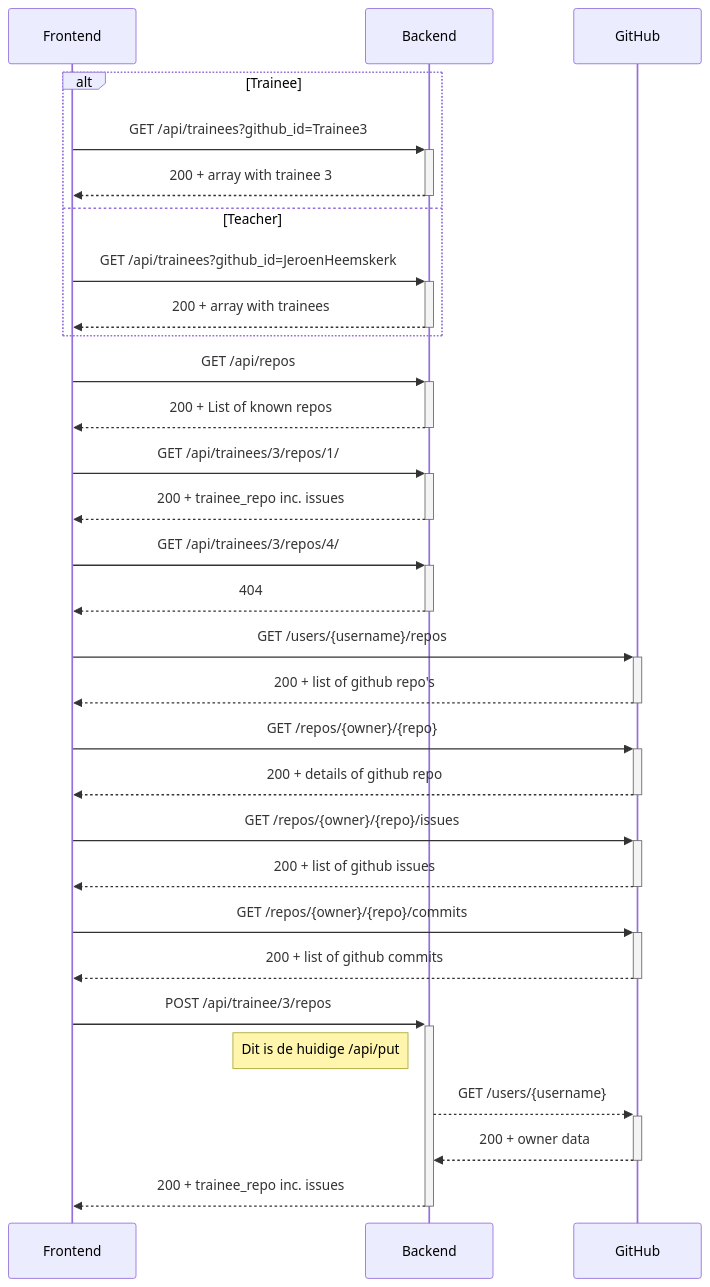
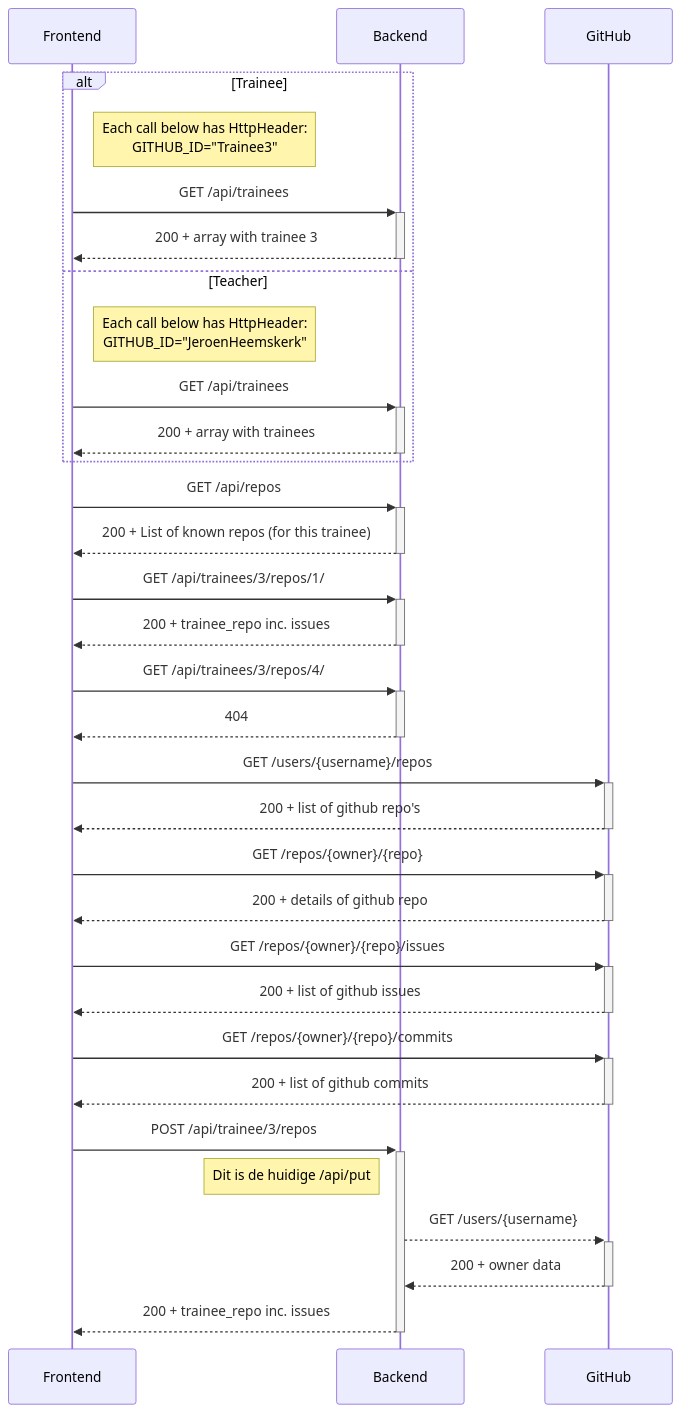
Before and after one commit to Educom-Trainees/educom-do-i-code: the first of 2 diagrams in documents/API-flow.md, drawn with Mermaid. The commit also changed other lines of this file, not shown here.

````diff
--- a/documents/API-flow.md
+++ b/documents/API-flow.md
@@ -2,29 +2,31 @@
 ```mermaid
 sequenceDiagram
     alt Trainee
-    Frontend->>+Backend: GET /api/trainees?github_id=Trainee3
+    note right of Frontend: Each call below has HttpHeader:<br/>GITHUB_ID="Trainee3"
+    Frontend->>+Backend: GET /api/trainees
     Backend-->>-Frontend: 200 + array with trainee 3
     else Teacher
-    Frontend->>+Backend: GET /api/trainees?github_id=JeroenHeemskerk
+    note right of Frontend: Each call below has HttpHeader:<br/>GITHUB_ID="JeroenHeemskerk"
+    Frontend->>+Backend: GET /api/trainees
     Backend-->>-Frontend: 200 + array with trainees
     end
     Frontend->>+Backend: GET /api/repos
-    Backend-->>-Frontend: 200 + List of known repos
+    Backend-->>-Frontend: 200 + List of known repos (for this trainee)
     Frontend->>+Backend: GET /api/trainees/3/repos/1/
     Backend-->>-Frontend: 200 + trainee_repo inc. issues
     Frontend->>+Backend: GET /api/trainees/3/repos/4/
     Backend-->>-Frontend: 404
     Frontend->>+GitHub: GET /users/{username}/repos
     GitHub-->>-Frontend: 200 + list of github repo's
     Frontend->>+GitHub: GET /repos/{owner}/{repo}
     GitHub-->>-Frontend: 200 + details of github repo
     Frontend->>+GitHub: GET /repos/{owner}/{repo}/issues
     GitHub-->>-Frontend: 200 + list of github issues
     Frontend->>+GitHub: GET /repos/{owner}/{repo}/commits
     GitHub-->>-Frontend: 200 + list of github commits
     Frontend->>+Backend: POST /api/trainee/3/repos
     note left of Backend: Dit is de huidige /api/put
     Backend-->>+GitHub: GET /users/{username}
     GitHub-->>-Backend: 200 + owner data
     Backend-->>-Frontend: 200 + trainee_repo inc. issues
 ```
````
